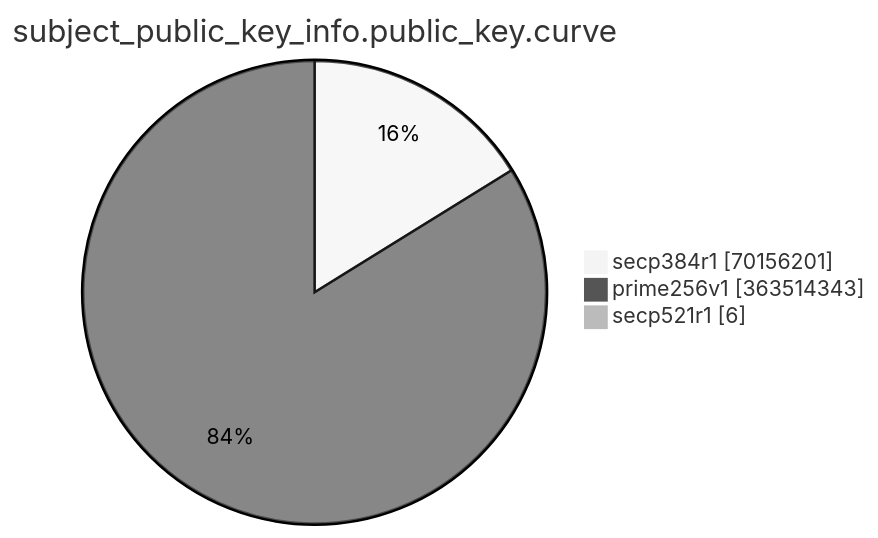
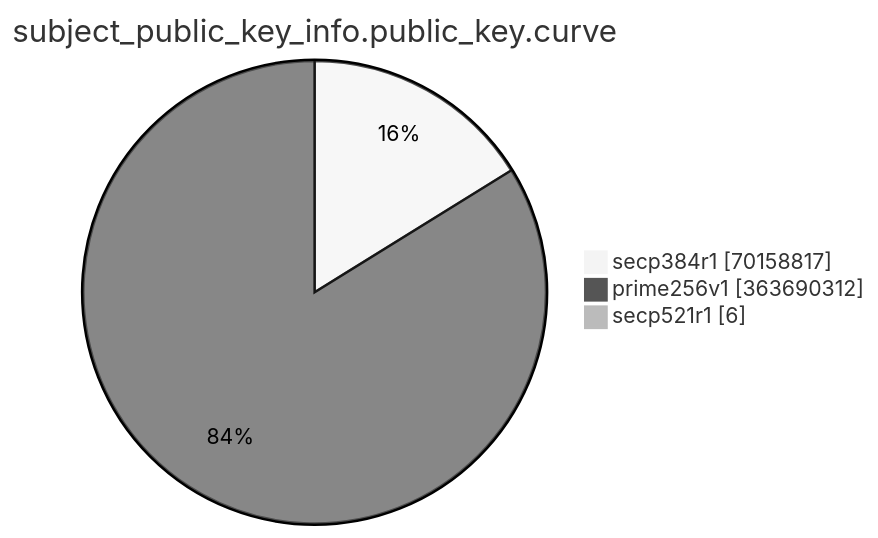
The eighth of 15 diagrams in TOTAL/README.md (christiankrug/ctmonitor_visualization), drawn with Mermaid (neutral theme) before and after one commit. The commit also changed other lines of this file, not shown here.

````diff
--- a/TOTAL/README.md
+++ b/TOTAL/README.md
@@ -3088,7 +3090,7 @@
 ```mermaid
 pie showData
 title subject_public_key_info.public_key.curve
-"secp384r1" :70156201
-"prime256v1" :363514343
+"secp384r1" :70158817
+"prime256v1" :363690312
 "secp521r1" :6
 ```
````
